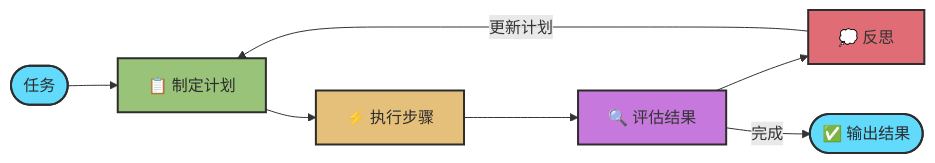
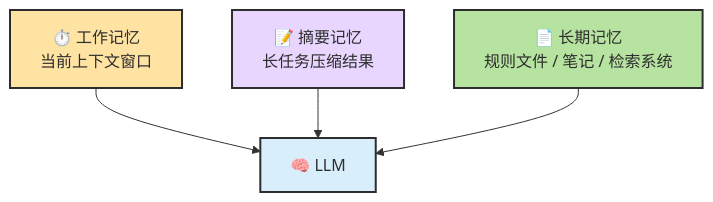
Diagram 11 of 11 in docs/chapters/ch02-concepts.md (zht043/AgenticCodingTutorial), drawn with Mermaid before and after one commit. The commit also changed other lines of this file and 69 other files, not shown here.

Commit message:
optimize docs and add mermaid validation

````diff
--- a/docs/chapters/ch02-concepts.md
+++ b/docs/chapters/ch02-concepts.md
@@ -423,16 +515,11 @@
 ```mermaid
-flowchart LR
-    classDef task fill:#61dafb,stroke:#2d2d2d,stroke-width:2px,color:#2d2d2d
-    classDef plan fill:#98c379,stroke:#2d2d2d,stroke-width:2px,color:#2d2d2d
-    classDef exec fill:#e5c07b,stroke:#2d2d2d,stroke-width:2px,color:#2d2d2d
-    classDef eval fill:#c678dd,stroke:#2d2d2d,stroke-width:2px
-    classDef reflect fill:#e06c75,stroke:#2d2d2d,stroke-width:2px
-    classDef done fill:#61dafb,stroke:#2d2d2d,stroke-width:2px,color:#2d2d2d
+flowchart TB
+    classDef short fill:#ffe3a3,stroke:#2d2d2d,stroke-width:2px,color:#2d2d2d
+    classDef summary fill:#e8d6ff,stroke:#2d2d2d,stroke-width:2px,color:#2d2d2d
+    classDef long fill:#b7e3a1,stroke:#2d2d2d,stroke-width:2px,color:#2d2d2d
+    classDef llm fill:#d8eefb,stroke:#2d2d2d,stroke-width:2px,color:#2d2d2d
 
-    Task([任务]):::task --> Plan["📋 制定计划"]:::plan
-    Plan --> Exec["⚡ 执行步骤"]:::exec
-    Exec --> Eval["🔍 评估结果"]:::eval
-    Eval --> Reflect["💭 反思"]:::reflect
-    Reflect -->|更新计划| Plan
-    Eval -->|完成| Done([✅ 输出结果]):::done
+    S["⏱️ 工作记忆<br/>当前上下文窗口"]:::short --> L["🧠 LLM"]:::llm
+    M["📝 摘要记忆<br/>长任务压缩结果"]:::summary --> L
+    F["📄 长期记忆<br/>规则文件 / 笔记 / 检索系统"]:::long --> L
 ```
````
